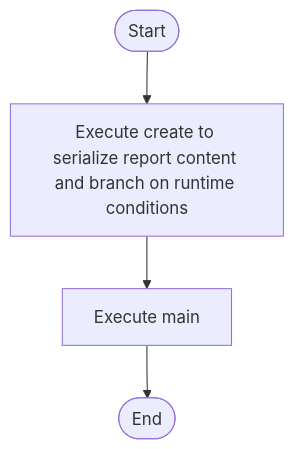
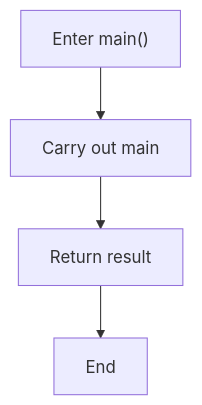
The second of 4 diagrams in docs/Codebase/Microservice/Test/Input/factory_to_base_identifier_literal_source.cpp.md (JohnAndrewBalbarosa/NeoTerritory), drawn with Mermaid before and after one commit. The commit also changed other lines of this file and 752 other files, not shown here.

````diff
--- a/docs/Codebase/Microservice/Test/Input/factory_to_base_identifier_literal_source.cpp.md
+++ b/docs/Codebase/Microservice/Test/Input/factory_to_base_identifier_literal_source.cpp.md
@@ -35,10 +49,10 @@
 ```mermaid
 flowchart TD
-    Start([Start])
-    N0[Execute create to serialize report content and branch on runtime conditions]
-    N1[Execute main]
-    End([End])
-    Start --> N0
+    N0["Enter main()"]
+    N1["Carry out main"]
+    N2["Return result"]
+    N3["End"]
     N0 --> N1
-    N1 --> End
+    N1 --> N2
+    N2 --> N3
 ```
````
